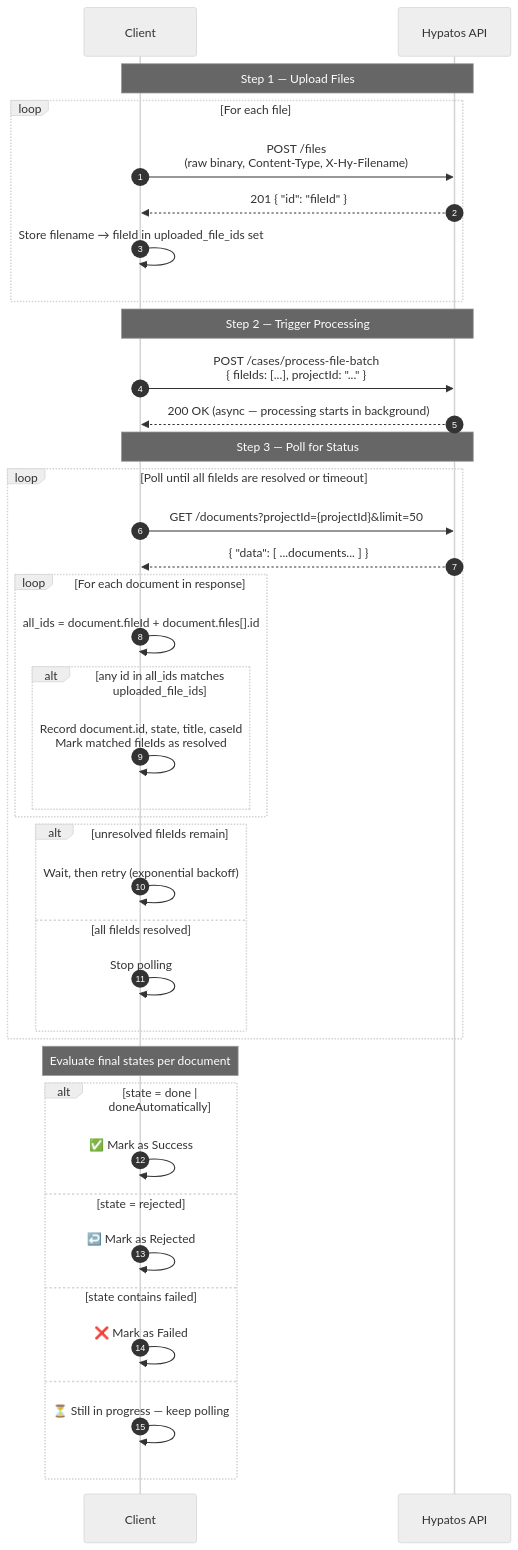
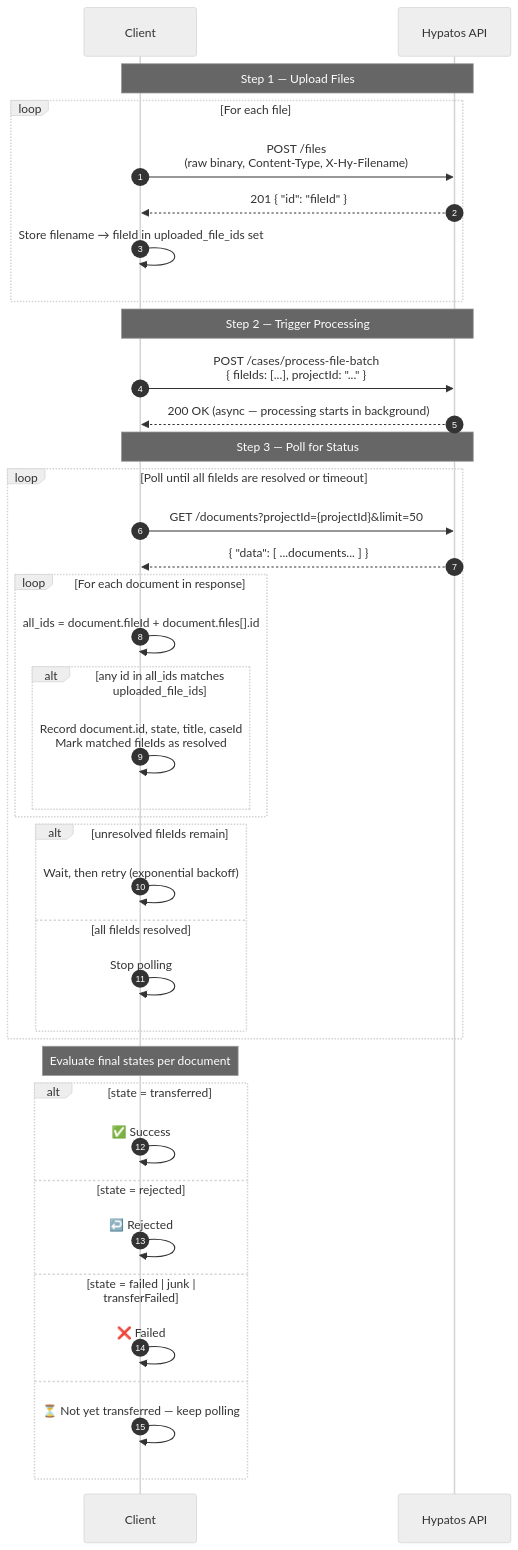
One commit to stephanHypatos/hycutover changed the diagram in docs/file-batch-processing.md. Above: the diagram before and after it, drawn with Mermaid (neutral theme). The commit also changed other lines of this file, not shown here.

````diff
--- a/docs/file-batch-processing.md
+++ b/docs/file-batch-processing.md
@@ -174,51 +179,51 @@
 ```mermaid
 sequenceDiagram
     autonumber
     participant Client
     participant API as Hypatos API
 
     Note over Client,API: Step 1 — Upload Files
 
     loop For each file
         Client->>API: POST /files<br/>(raw binary, Content-Type, X-Hy-Filename)
         API-->>Client: 201 { "id": "fileId" }
         Client->>Client: Store filename → fileId in uploaded_file_ids set
     end
 
     Note over Client,API: Step 2 — Trigger Processing
 
     Client->>API: POST /cases/process-file-batch<br/>{ fileIds: [...], projectId: "..." }
     API-->>Client: 200 OK (async — processing starts in background)
 
     Note over Client,API: Step 3 — Poll for Status
 
     loop Poll until all fileIds are resolved or timeout
         Client->>API: GET /documents?projectId={projectId}&limit=50
         API-->>Client: { "data": [ ...documents... ] }
 
         loop For each document in response
             Client->>Client: all_ids = document.fileId + document.files[].id
             alt any id in all_ids matches uploaded_file_ids
                 Client->>Client: Record document.id, state, title, caseId<br/>Mark matched fileIds as resolved
             end
         end
 
         alt unresolved fileIds remain
             Client->>Client: Wait, then retry (exponential backoff)
         else all fileIds resolved
             Client->>Client: Stop polling
         end
     end
 
     Note over Client: Evaluate final states per document
 
-    alt state = done | doneAutomatically
-        Client->>Client: ✅ Mark as Success
+    alt state = transferred
+        Client->>Client: ✅ Success
     else state = rejected
-        Client->>Client: ↩️ Mark as Rejected
-    else state contains failed
-        Client->>Client: ❌ Mark as Failed
+        Client->>Client: ↩️ Rejected
+    else state = failed | junk | transferFailed
+        Client->>Client: ❌ Failed
     else
-        Client->>Client: ⏳ Still in progress — keep polling
+        Client->>Client: ⏳ Not yet transferred — keep polling
     end
 ```
````
